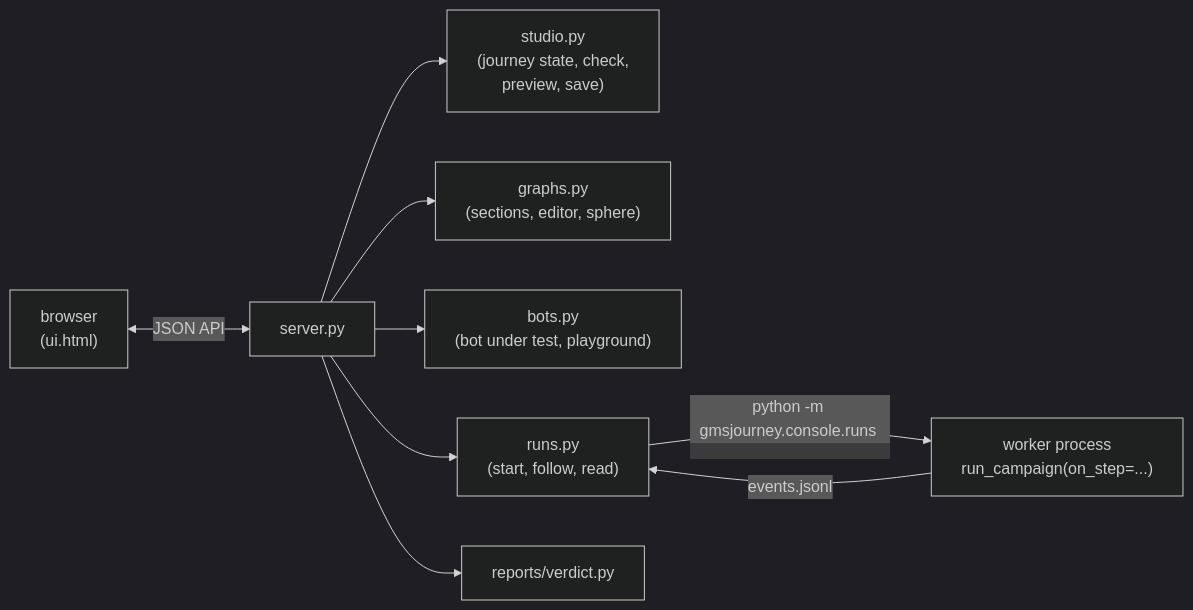
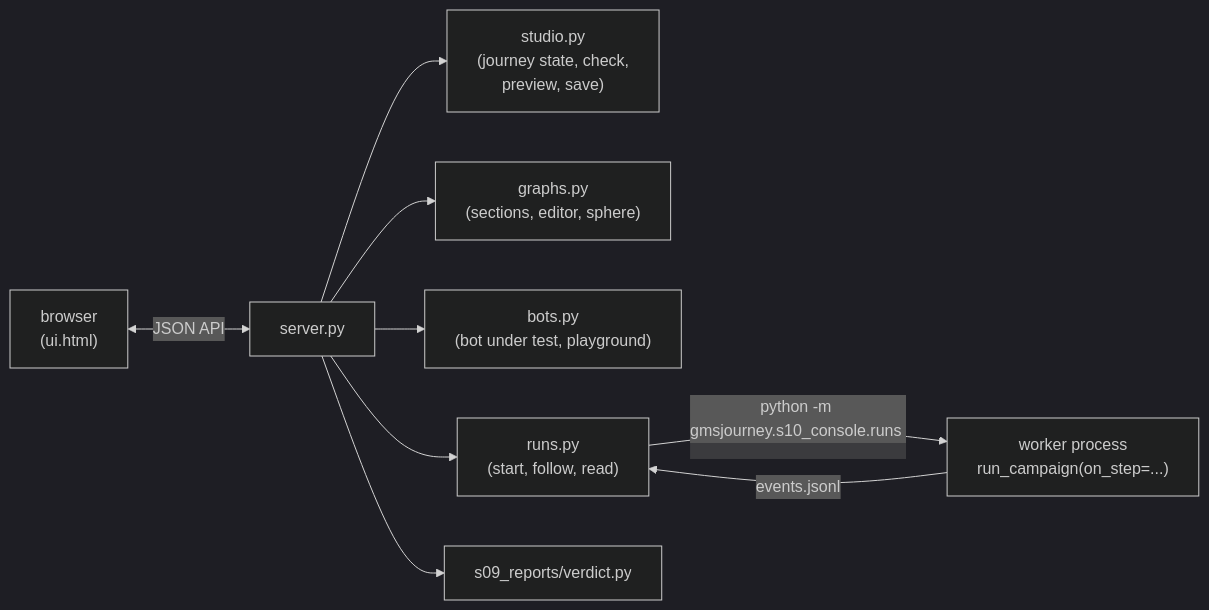
Before and after one commit to agnibrainhack/voicebot: the diagram in docs/guide/10-console.md, drawn with Mermaid (dark theme). The commit also changed other lines of this file and 180 other files, not shown here.

````diff
--- a/docs/guide/10-console.md
+++ b/docs/guide/10-console.md
@@ -35,11 +35,11 @@
 ```mermaid
 flowchart LR
     B["browser<br/>(ui.html)"] <-->|JSON API| S["server.py"]
     S --> ST["studio.py<br/>(journey state, check,<br/>preview, save)"]
     S --> GR["graphs.py<br/>(sections, editor, sphere)"]
     S --> BO["bots.py<br/>(bot under test, playground)"]
     S --> RU["runs.py<br/>(start, follow, read)"]
-    RU -->|"python -m gmsjourney.console.runs <dir>"| W["worker process<br/>run_campaign(on_step=...)"]
+    RU -->|"python -m gmsjourney.s10_console.runs <dir>"| W["worker process<br/>run_campaign(on_step=...)"]
     W -->|events.jsonl| RU
-    S --> V["reports/verdict.py"]
+    S --> V["s09_reports/verdict.py"]
 ```
````
